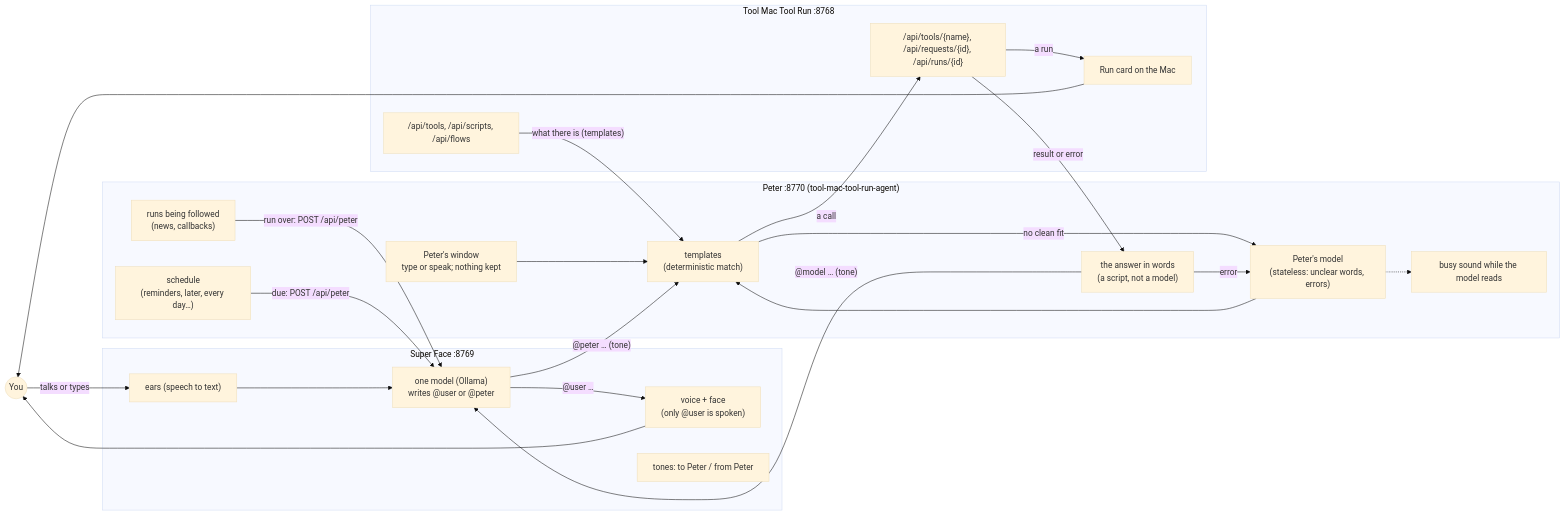
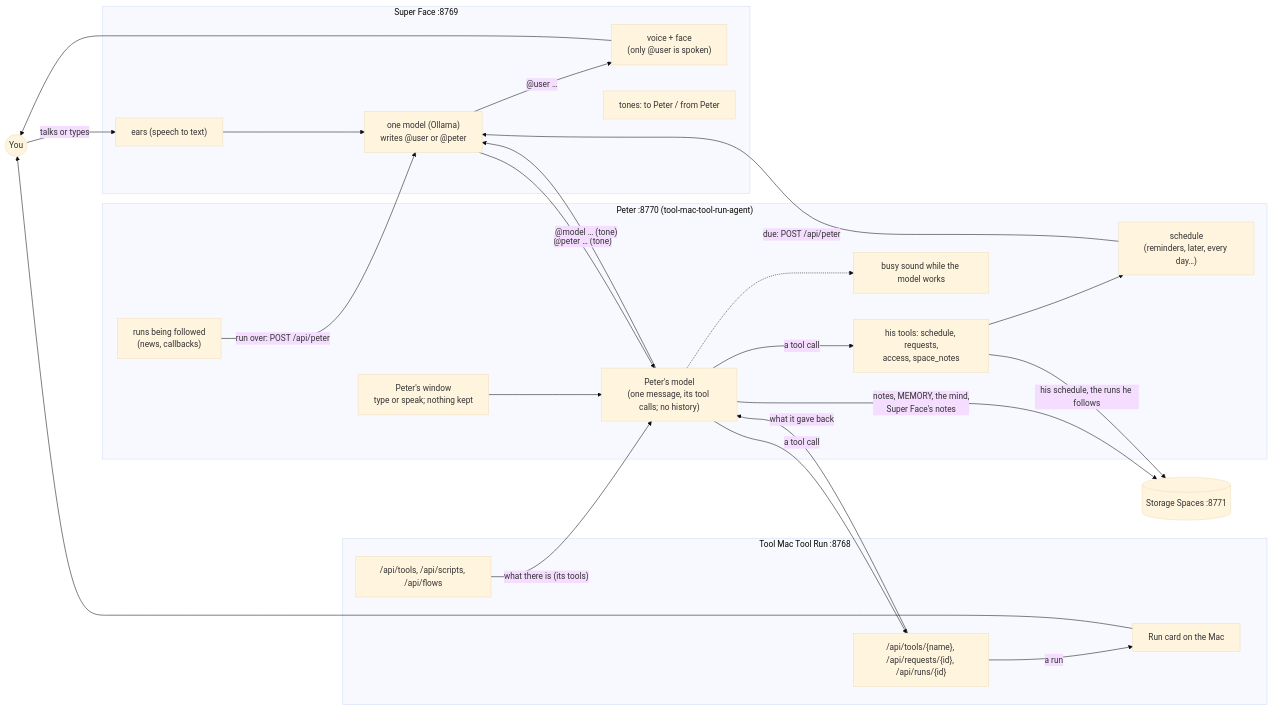
Before and after one commit to ainigh/tool-mac-tool-run-agent: the first of 2 diagrams in ARCHITECTURE.md, drawn with Mermaid (base theme). The commit also changed other lines of this file and 24 other files, not shown here.

````diff
--- a/ARCHITECTURE.md
+++ b/ARCHITECTURE.md
@@ -13,42 +13,43 @@
 ```mermaid
 flowchart LR
     you((You))
 
     subgraph SF["Super Face :8769"]
         ears["ears (speech to text)"]
         model["one model (Ollama)<br/>writes @user or @peter"]
         voice["voice + face<br/>(only @user is spoken)"]
         tones["tones: to Peter / from Peter"]
     end
 
     subgraph P["Peter :8770 (tool-mac-tool-run-agent)"]
-        match["templates<br/>(deterministic match)"]
-        brain["Peter's model<br/>(stateless: unclear words, errors)"]
-        words["the answer in words<br/>(a script, not a model)"]
+        brain["Peter's model<br/>(one message, its tool calls; no history)"]
+        own["his tools: schedule, requests,<br/>access, space_notes"]
         sched["schedule<br/>(reminders, later, every day…)"]
         ledger["runs being followed<br/>(news, callbacks)"]
         pui["Peter's window<br/>type or speak; nothing kept"]
-        busy["busy sound while the model reads"]
+        busy["busy sound while the model works"]
     end
 
     subgraph T["Tool Mac Tool Run :8768"]
         tools["/api/tools, /api/scripts, /api/flows"]
         run["/api/tools/{name}, /api/requests/{id}, /api/runs/{id}"]
         card["Run card on the Mac"]
     end
 
     you -- talks or types --> ears --> model
     model -- "@user …" --> voice --> you
-    model -- "@peter … (tone)" --> match
-    match -- "no clean fit" --> brain --> match
+    model -- "@peter … (tone)" --> brain
     brain -.-> busy
-    match -- "a call" --> run
-    run -- "result or error" --> words
-    words -- "error" --> brain
-    words -- "@model … (tone)" --> model
+    brain -- "a tool call" --> run
+    brain -- "a tool call" --> own
+    own --> sched
+    run -- "what it gave back" --> brain
+    brain -- "@model … (tone)" --> model
     run -- "a run" --> card --> you
     ledger -- "run over: POST /api/peter" --> model
     sched -- "due: POST /api/peter" --> model
-    tools -- "what there is (templates)" --> match
-    pui --> match
+    tools -- "what there is (its tools)" --> brain
+    pui --> brain
+    brain -- "notes, MEMORY, the mind,<br/>Super Face's notes" --> SS[("Storage Spaces :8771")]
+    own -- "his schedule, the runs he follows" --> SS
 ```
````
